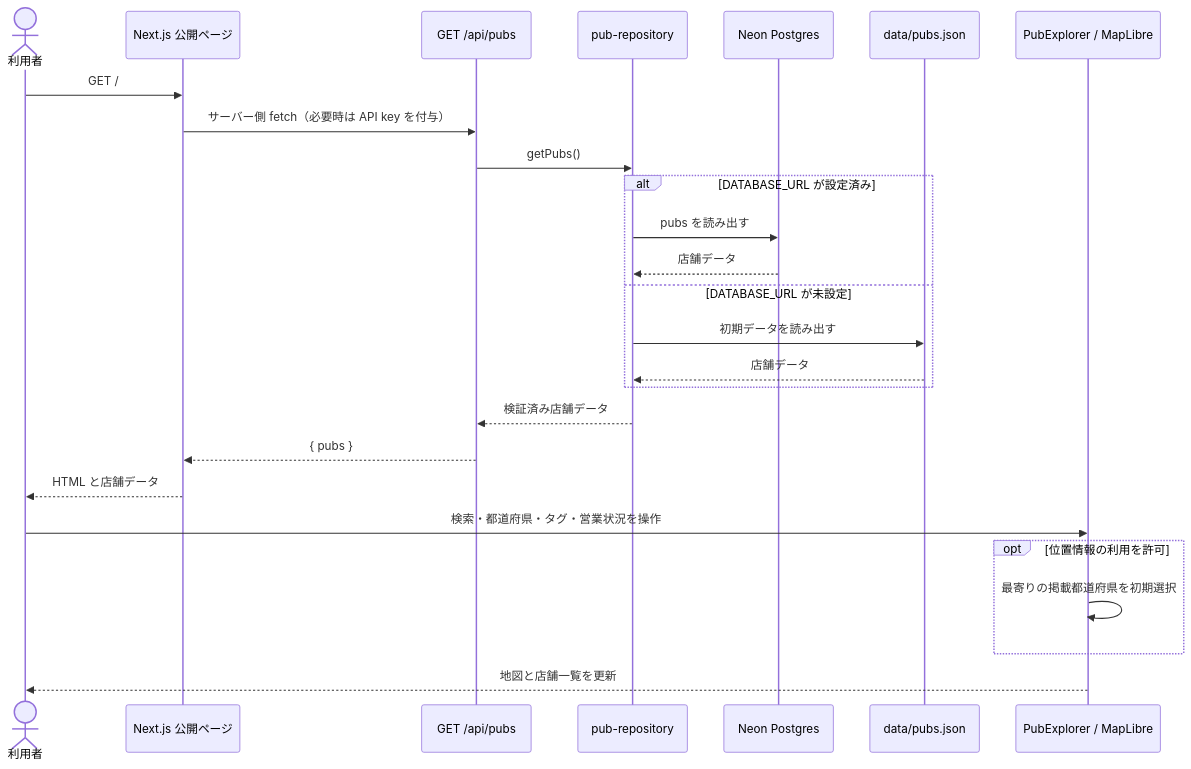
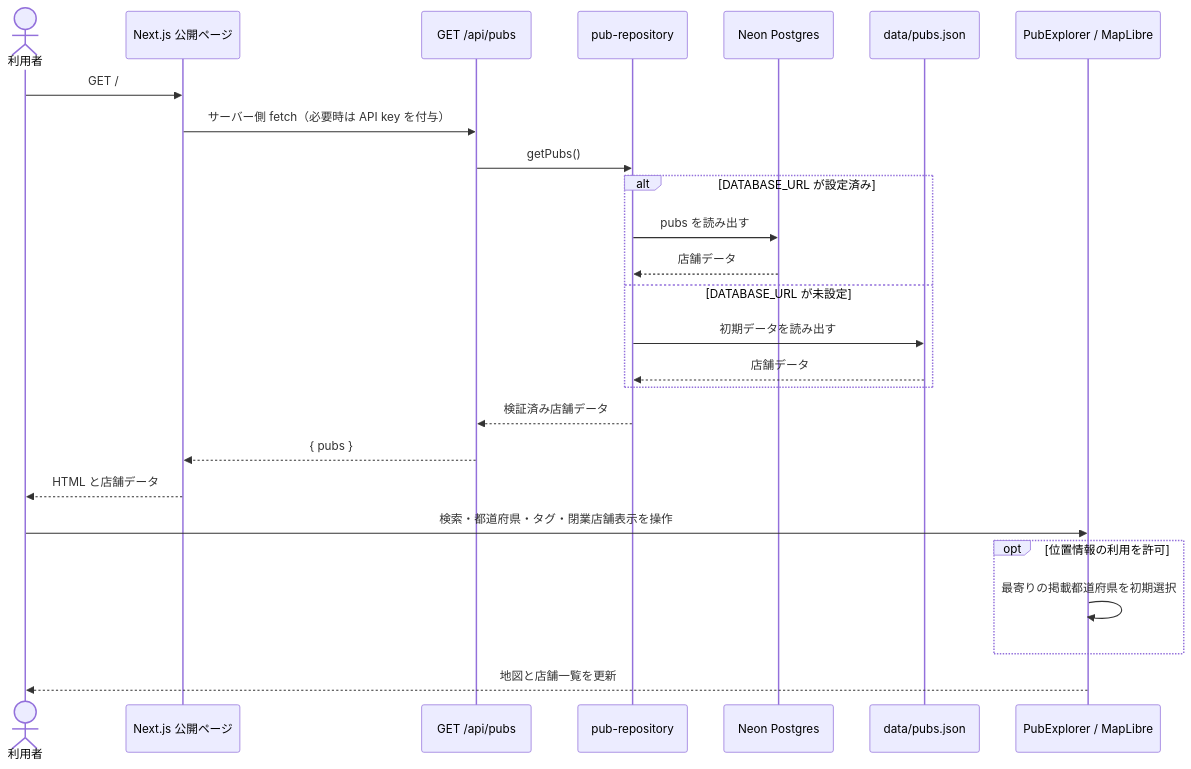
Before and after one commit to yusukefr/irishpub-map: the first of 2 diagrams in docs/architecture/sequences.md, drawn with Mermaid. The commit also changed 9 other files, not shown here.

````diff
--- a/docs/architecture/sequences.md
+++ b/docs/architecture/sequences.md
@@ -5,29 +5,29 @@
 ```mermaid
 sequenceDiagram
   actor Visitor as 利用者
   participant Page as Next.js 公開ページ
   participant API as GET /api/pubs
   participant Repository as pub-repository
   participant Neon as Neon Postgres
   participant JSON as data/pubs.json
   participant Explorer as PubExplorer / MapLibre
 
   Visitor->>Page: GET /
   Page->>API: サーバー側 fetch（必要時は API key を付与）
   API->>Repository: getPubs()
   alt DATABASE_URL が設定済み
     Repository->>Neon: pubs を読み出す
     Neon-->>Repository: 店舗データ
   else DATABASE_URL が未設定
     Repository->>JSON: 初期データを読み出す
     JSON-->>Repository: 店舗データ
   end
   Repository-->>API: 検証済み店舗データ
   API-->>Page: { pubs }
   Page-->>Visitor: HTML と店舗データ
-  Visitor->>Explorer: 検索・都道府県・タグ・営業状況を操作
+  Visitor->>Explorer: 検索・都道府県・タグ・閉業店舗表示を操作
   opt 位置情報の利用を許可
     Explorer->>Explorer: 最寄りの掲載都道府県を初期選択
   end
   Explorer-->>Visitor: 地図と店舗一覧を更新
 ```
````
